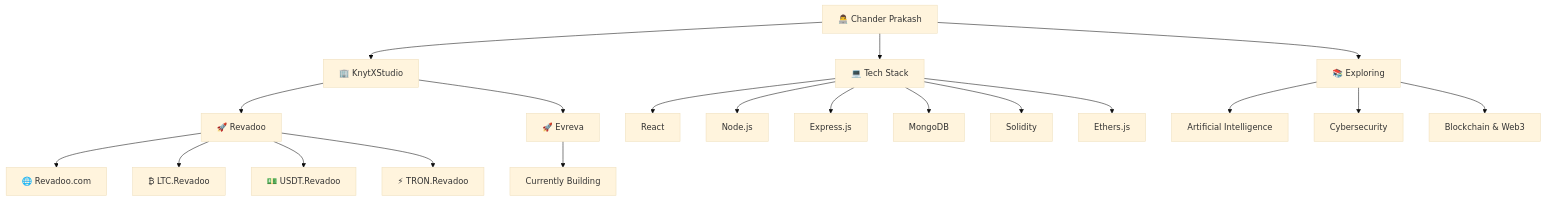
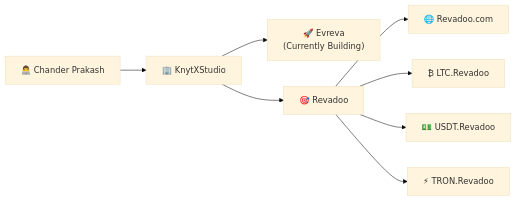
The diagram in README.md (chander20256/chander20256), drawn with Mermaid (base theme) before and after one commit. The commit also changed other lines of this file, not shown here.

````diff
--- a/README.md
+++ b/README.md
@@ -44,32 +27,15 @@
 ```mermaid
-flowchart TD
+flowchart LR
 
-    DEV["👨‍💻 Chander Prakash"]
+    CP["👨‍💻 Chander Prakash"]
+        --> KS["🏢 KnytXStudio"]
 
-    DEV --> KS["🏢 KnytXStudio"]
+    KS --> EV["🚀 Evreva<br/>(Currently Building)"]
 
-    KS --> REV["🚀 Revadoo"]
+    KS --> RV["🎯 Revadoo"]
 
-    REV --> MAIN["🌐 Revadoo.com"]
-    REV --> LTC["₿ LTC.Revadoo"]
-    REV --> USDT["💵 USDT.Revadoo"]
-    REV --> TRON["⚡ TRON.Revadoo"]
-
-    KS --> EV["🚀 Evreva"]
-    EV --> BUILD["Currently Building"]
-
-    DEV --> STACK["💻 Tech Stack"]
-
-    STACK --> REACT["React"]
-    STACK --> NODE["Node.js"]
-    STACK --> EXPRESS["Express.js"]
-    STACK --> MONGO["MongoDB"]
-    STACK --> SOL["Solidity"]
-    STACK --> ETH["Ethers.js"]
-
-    DEV --> PASSION["📚 Exploring"]
-
-    PASSION --> AI["Artificial Intelligence"]
-    PASSION --> CYBER["Cybersecurity"]
-    PASSION --> WEB3["Blockchain & Web3"]
+    RV --> MAIN["🌐 Revadoo.com"]
+    RV --> LTC["₿ LTC.Revadoo"]
+    RV --> USDT["💵 USDT.Revadoo"]
+    RV --> TRON["⚡ TRON.Revadoo"]
 ```
````
